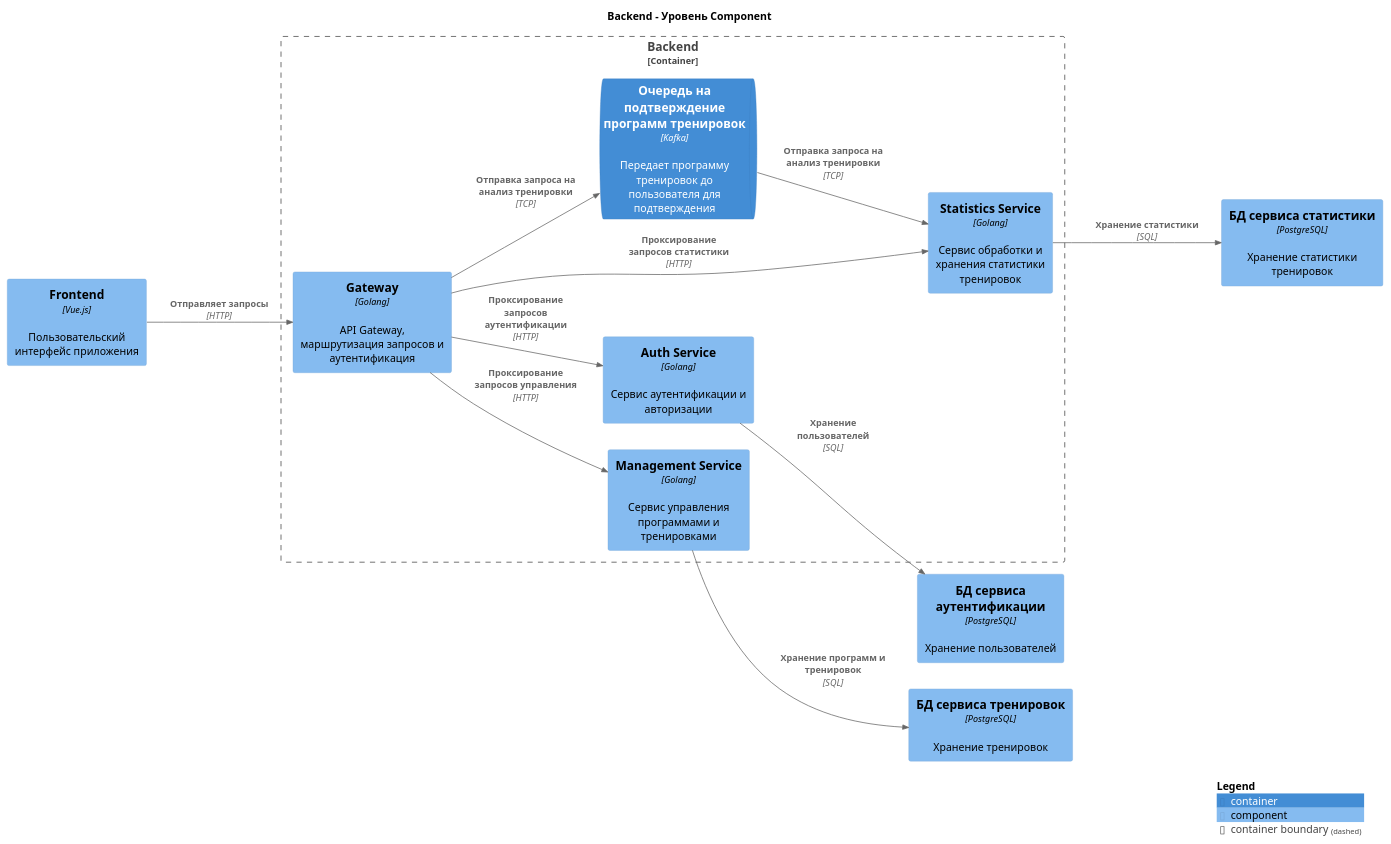
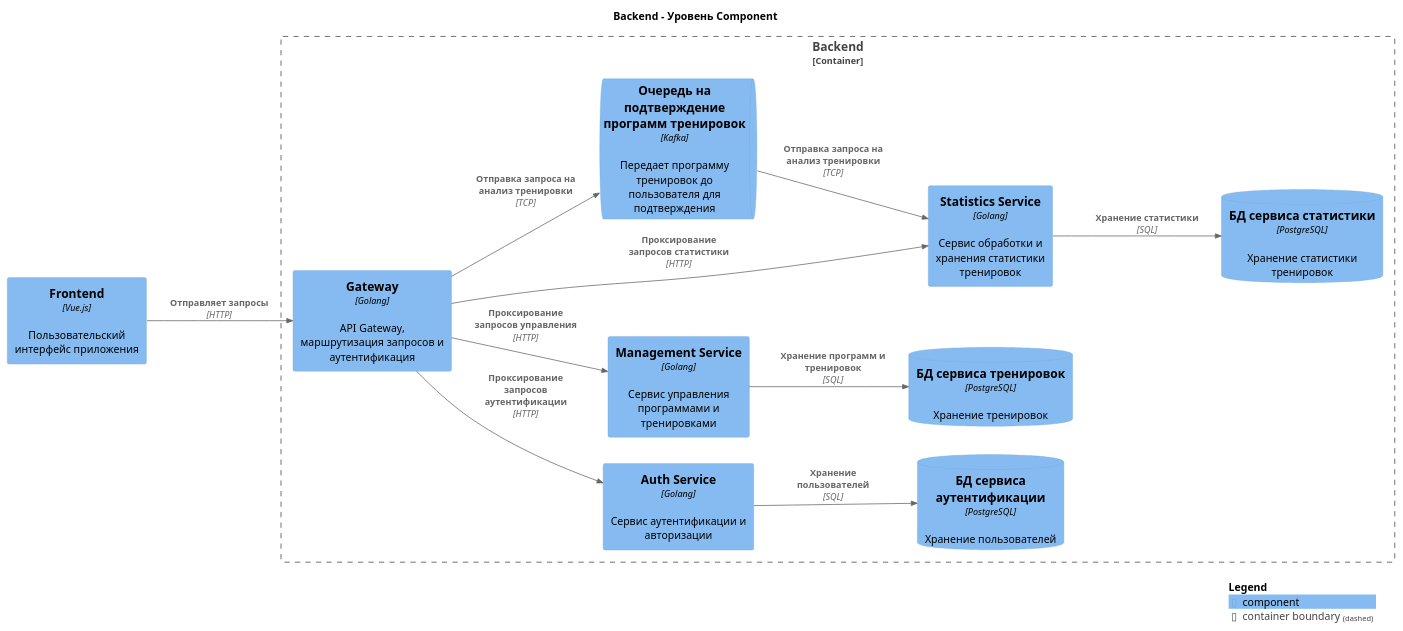
One commit to SimakinKonstantin/Gym-helper changed the diagram in c4/backend-component.puml. Above: the diagram before and after it, drawn with PlantUML. The commit also changed 7 other files, not shown here.

```diff
--- a/c4/backend-component.puml
+++ b/c4/backend-component.puml
@@ -1,36 +1,41 @@
 @startuml
-!include https://raw.githubusercontent.com/plantuml-stdlib/C4-PlantUML/master/C4_Component.puml
+!include <C4/C4_Component>
 
 title Backend - Уровень Component
 
 LAYOUT_LEFT_RIGHT()
 
 Component(frontend, "Frontend", "Vue.js", "Пользовательский интерфейс приложения")
 
 Container_Boundary(backend, "Backend") {
     Component(gateway, "Gateway", "Golang", "API Gateway, маршрутизация запросов и аутентификация")
     Component(authService, "Auth Service", "Golang", "Сервис аутентификации и авторизации")
     Component(managementService, "Management Service", "Golang", "Сервис управления программами и тренировками")
     Component(statisticsService, "Statistics Service", "Golang", "Сервис обработки и хранения статистики тренировок")
-    ContainerQueue(kafka, "Очередь на подтверждение программ тренировок", "Kafka", "Передает программу тренировок до пользователя для подтверждения")
+
+    ComponentDb(statisticsDb,  "БД сервиса статистики", "PostgreSQL", "Хранение статистики тренировок")
+    ComponentDb(usersDb, "БД сервиса аутентификации", "PostgreSQL",  "Хранение пользователей")
+    ComponentDb(managementDb, "БД сервиса тренировок", "PostgreSQL",  "Хранение тренировок")
+
+    ComponentQueue(kafka, "Очередь на подтверждение программ тренировок", "Kafka", "Передает программу тренировок до пользователя для подтверждения")
 }
 
-Component(statisticsDb,  "БД сервиса статистики", "PostgreSQL", "Хранение статистики тренировок")
-Component(usersDb, "БД сервиса аутентификации", "PostgreSQL",  "Хранение пользователей")
-Component(managementDb, "БД сервиса тренировок", "PostgreSQL",  "Хранение тренировок")
+' Component(statisticsDb,  "БД сервиса статистики", "PostgreSQL", "Хранение статистики тренировок")
+' Component(usersDb, "БД сервиса аутентификации", "PostgreSQL",  "Хранение пользователей")
+' Component(managementDb, "БД сервиса тренировок", "PostgreSQL",  "Хранение тренировок")
 
 Rel(frontend, gateway, "Отправляет запросы", "HTTP")
 
 Rel(gateway, authService, "Проксирование запросов аутентификации", "HTTP")
 Rel(gateway, managementService, "Проксирование запросов управления", "HTTP")
 Rel(gateway, statisticsService, "Проксирование запросов статистики", "HTTP")
 Rel(gateway, kafka, "Отправка запроса на анализ тренировки", "TCP")
 Rel(kafka, statisticsService, "Отправка запроса на анализ тренировки", "TCP")
 
 
 Rel(authService, usersDb, "Хранение пользователей", "SQL")
 Rel(managementService, managementDb, "Хранение программ и тренировок", "SQL")
 Rel(statisticsService, statisticsDb, "Хранение статистики", "SQL")
 
 SHOW_LEGEND()
 @enduml
```
